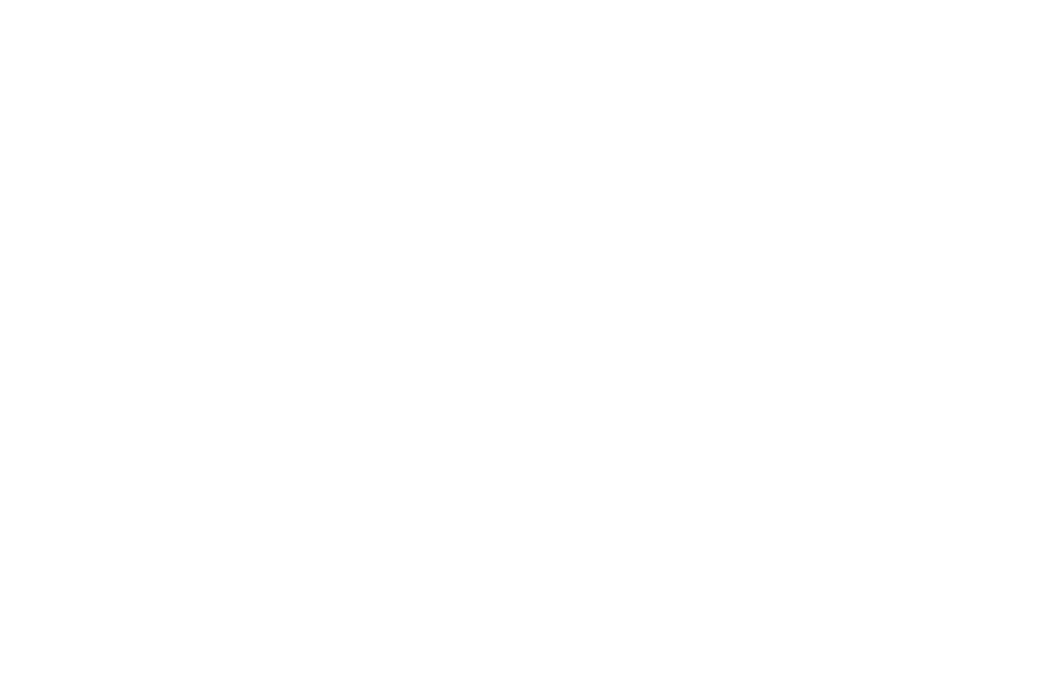
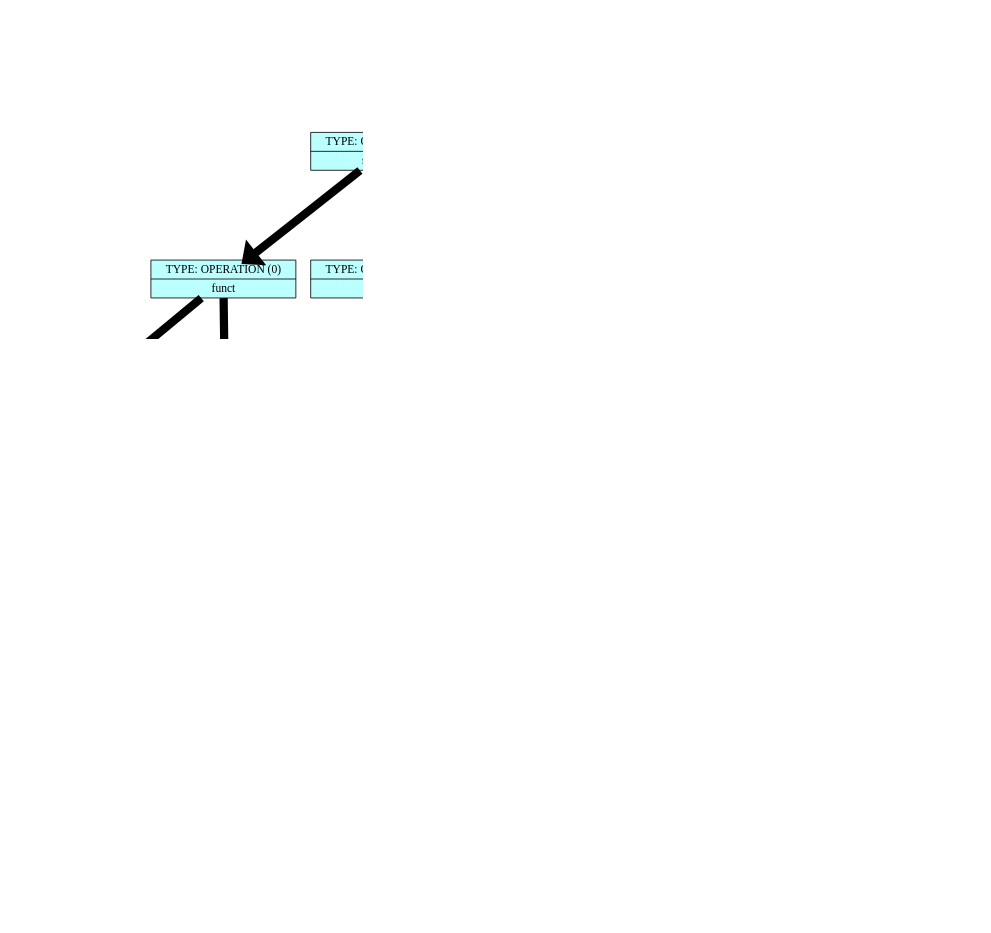
The diagram in backend/dump/list_graph.dot (Troll0ton/Trollanguage), drawn with Graphviz before and after one commit. The commit also changed 23 other files, not shown here.

```diff
--- a/backend/dump/list_graph.dot
+++ b/backend/dump/list_graph.dot
@@ -1,65 +1,74 @@
 digraph structs {    
 rankdir = TB;        
 graph [dpi = 200];   
 ranksep = 1.5;       
 edge[penwidth = 10]; 
 cell0 [style = filled, color = black, shape=record, 
 fillcolor = paleturquoise1, label = " { <ptr> TYPE: OPERATION (0) | sequence} " ];                         
 cell1 [style = filled, color = black, shape=record, 
 fillcolor = paleturquoise1, label = " { <ptr> TYPE: OPERATION (0) | sequence} " ];                         
 cell2 [style = filled, color = black, shape=record, 
-fillcolor = paleturquoise1, label = " { <ptr> TYPE: OPERATION (0) | sequence} " ];                         
+fillcolor = paleturquoise1, label = " { <ptr> TYPE: OPERATION (0) | funct} " ];                         
 cell3 [style = filled, color = black, shape=record, 
-fillcolor = paleturquoise1, label = " { <ptr> TYPE: OPERATION (0) | assignment} " ];                         
+fillcolor = darkolivegreen2, label = " { <ptr> TYPE: VARIABLE (0) | x} " ];                         
 cell4 [style = filled, color = black, shape=record, 
-fillcolor = darkolivegreen2, label = " { <ptr> TYPE: VARIABLE (0) | x} " ];                         
+fillcolor = paleturquoise1, label = " { <ptr> TYPE: OPERATION (0) | body} " ];                         
 cell5 [style = filled, color = black, shape=record, 
 fillcolor = coral2, label = " { <ptr> TYPE: NUMERIC (0) | 900} " ];                         
 cell6 [style = filled, color = black, shape=record, 
 fillcolor = paleturquoise1, label = " { <ptr> TYPE: OPERATION (0) | funct} " ];                         
 cell7 [style = filled, color = black, shape=record, 
-fillcolor = darkolivegreen2, label = " { <ptr> TYPE: VARIABLE (0) | n} " ];                         
+fillcolor = darkolivegreen2, label = " { <ptr> TYPE: VARIABLE (0) | y} " ];                         
 cell8 [style = filled, color = black, shape=record, 
 fillcolor = paleturquoise1, label = " { <ptr> TYPE: OPERATION (0) | body} " ];                         
 cell9 [style = filled, color = black, shape=record, 
-fillcolor = coral2, label = " { <ptr> TYPE: NUMERIC (0) | 77} " ];                         
+fillcolor = coral2, label = " { <ptr> TYPE: NUMERIC (0) | 100} " ];                         
 cell10 [style = filled, color = black, shape=record, 
 fillcolor = paleturquoise1, label = " { <ptr> TYPE: OPERATION (0) | funct} " ];                         
 cell11 [style = filled, color = black, shape=record, 
 fillcolor = darkolivegreen2, label = " { <ptr> TYPE: VARIABLE (0) | a} " ];                         
 cell12 [style = filled, color = black, shape=record, 
 fillcolor = paleturquoise1, label = " { <ptr> TYPE: OPERATION (0) | body} " ];                         
 cell13 [style = filled, color = black, shape=record, 
-fillcolor = coral2, label = " { <ptr> TYPE: NUMERIC (0) | 77} " ];                         
+fillcolor = paleturquoise1, label = " { <ptr> TYPE: OPERATION (0) | sequence} " ];                         
 cell14 [style = filled, color = black, shape=record, 
+fillcolor = paleturquoise1, label = " { <ptr> TYPE: OPERATION (0) | assignment} " ];                         
+cell15 [style = filled, color = black, shape=record, 
+fillcolor = darkolivegreen2, label = " { <ptr> TYPE: VARIABLE (0) | x} " ];                         
+cell16 [style = filled, color = black, shape=record, 
+fillcolor = coral2, label = " { <ptr> TYPE: NUMERIC (0) | 900} " ];                         
+cell17 [style = filled, color = black, shape=record, 
 fillcolor = paleturquoise1, label = " { <ptr> TYPE: OPERATION (0) | out} " ];                         
-cell15 [style = filled, color = black, shape=record, 
+cell18 [style = filled, color = black, shape=record, 
 fillcolor = paleturquoise1, label = " { <ptr> TYPE: OPERATION (0) | add} " ];                         
-cell16 [style = filled, color = black, shape=record, 
+cell19 [style = filled, color = black, shape=record, 
 fillcolor = paleturquoise1, label = " { <ptr> TYPE: OPERATION (0) | call} " ];                         
-cell17 [style = filled, color = black, shape=record, 
-fillcolor = darkolivegreen2, label = " { <ptr> TYPE: VARIABLE (0) | a} " ];                         
-cell18 [style = filled, color = black, shape=record, 
+cell20 [style = filled, color = black, shape=record, 
+fillcolor = darkolivegreen2, label = " { <ptr> TYPE: VARIABLE (0) | x} " ];                         
+cell21 [style = filled, color = black, shape=record, 
 fillcolor = paleturquoise1, label = " { <ptr> TYPE: OPERATION (0) | call} " ];                         
-cell19 [style = filled, color = black, shape=record, 
-fillcolor = darkolivegreen2, label = " { <ptr> TYPE: VARIABLE (0) | n} " ];                         
+cell22 [style = filled, color = black, shape=record, 
+fillcolor = darkolivegreen2, label = " { <ptr> TYPE: VARIABLE (0) | y} " ];                         
 cell0 -> cell1;
 cell1 -> cell2;
 cell2 -> cell3;
-cell3 -> cell4;
-cell3 -> cell5;
-cell2 -> cell6;
+cell2 -> cell4;
+cell4 -> cell5;
+cell1 -> cell6;
 cell6 -> cell7;
 cell6 -> cell8;
 cell8 -> cell9;
-cell1 -> cell10;
+cell0 -> cell10;
 cell10 -> cell11;
 cell10 -> cell12;
 cell12 -> cell13;
-cell0 -> cell14;
+cell13 -> cell14;
 cell14 -> cell15;
-cell15 -> cell16;
-cell16 -> cell17;
-cell15 -> cell18;
+cell14 -> cell16;
+cell13 -> cell17;
+cell17 -> cell18;
 cell18 -> cell19;
+cell19 -> cell20;
+cell18 -> cell21;
+cell21 -> cell22;
 }
```
